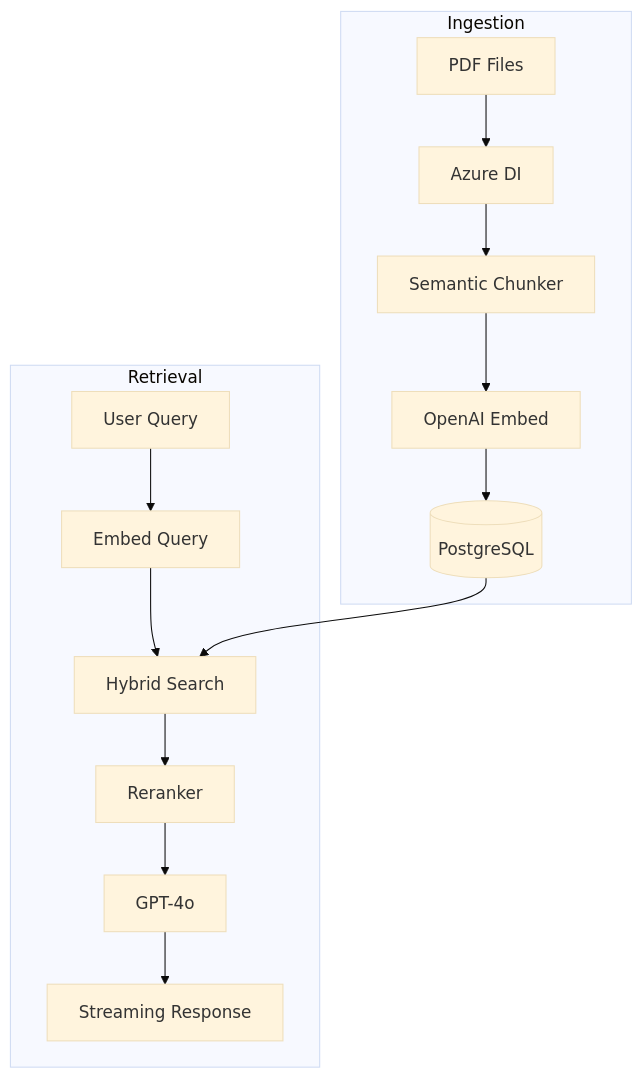
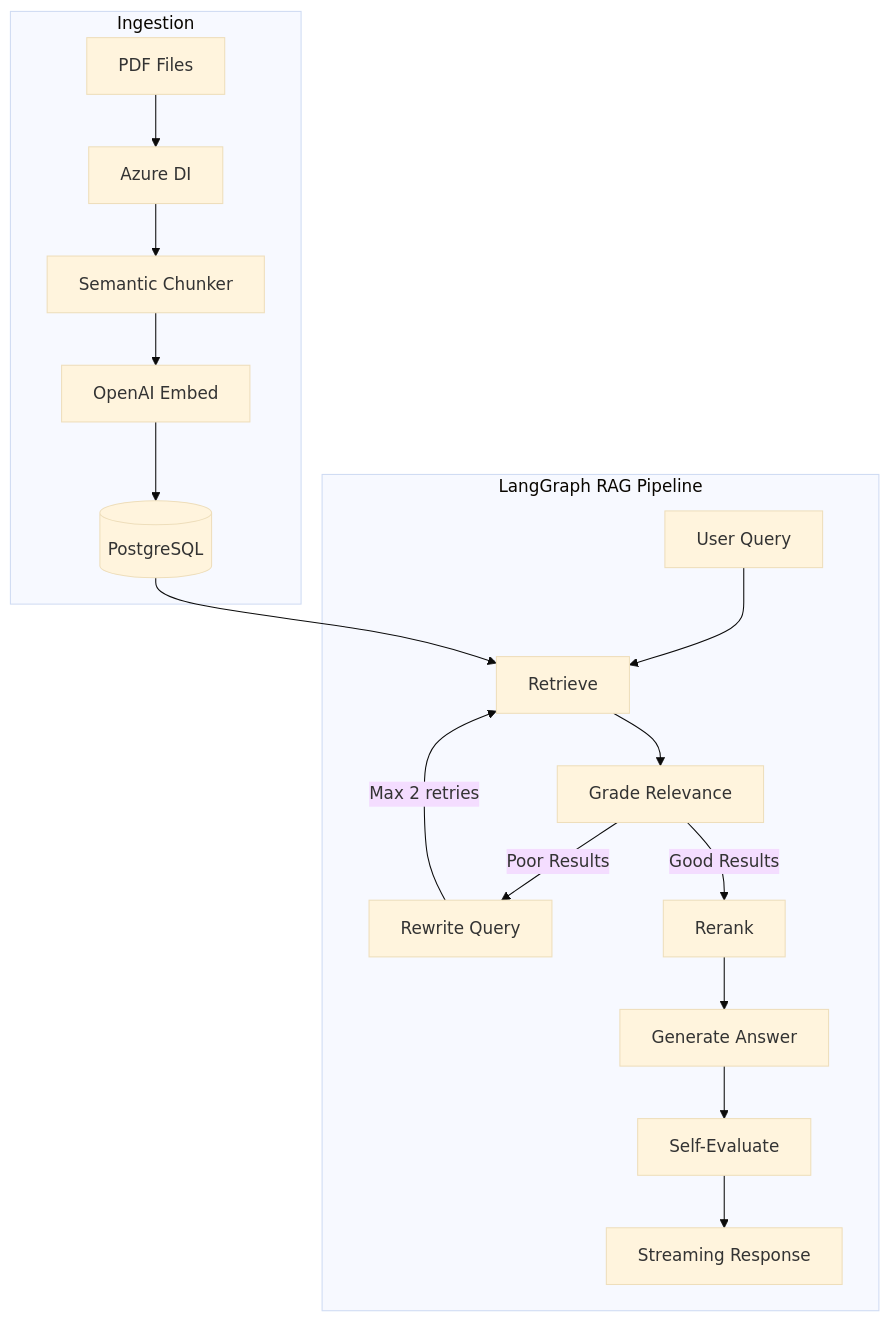
Before and after one commit to pranavkalal/AI-Knowledge-Hub: the diagram in docs/ARCHITECTURE.md, drawn with Mermaid (base theme). The commit also changed other lines of this file and 2 other files, not shown here.

Commit message:
feat: Implement and document a LangGraph-based Corrective RAG pipeline with self-healing query rewriting and hallucination detection.

````diff
--- a/docs/ARCHITECTURE.md
+++ b/docs/ARCHITECTURE.md
@@ -19,18 +22,21 @@
 ```mermaid
 flowchart TB
     subgraph Ingestion
         PDF[PDF Files] --> Azure[Azure DI]
         Azure --> Chunk[Semantic Chunker]
         Chunk --> Embed[OpenAI Embed]
         Embed --> PG[(PostgreSQL)]
     end
     
-    subgraph Retrieval
-        Query[User Query] --> QEmbed[Embed Query]
-        QEmbed --> Hybrid[Hybrid Search]
-        PG --> Hybrid
-        Hybrid --> Rerank[Reranker]
-        Rerank --> LLM[GPT-4o]
-        LLM --> Answer[Streaming Response]
+    subgraph "LangGraph RAG Pipeline"
+        Query[User Query] --> Retrieve[Retrieve]
+        Retrieve --> Grade[Grade Relevance]
+        Grade -->|Poor Results| Rewrite[Rewrite Query]
+        Rewrite -->|Max 2 retries| Retrieve
+        Grade -->|Good Results| Rerank[Rerank]
+        Rerank --> Generate[Generate Answer]
+        Generate --> Evaluate[Self-Evaluate]
+        Evaluate --> Answer[Streaming Response]
     end
+    PG --> Retrieve
 ```
````
